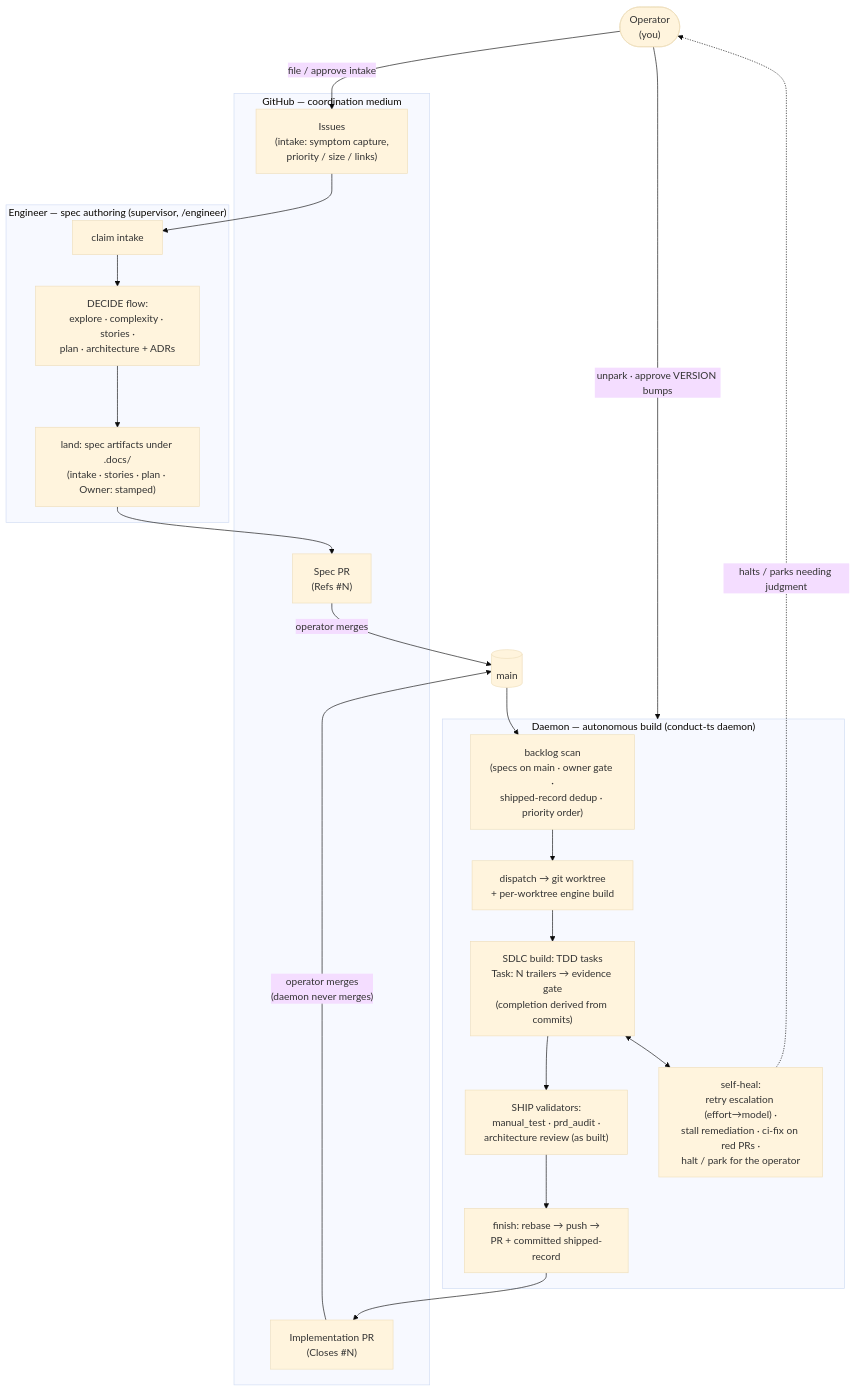
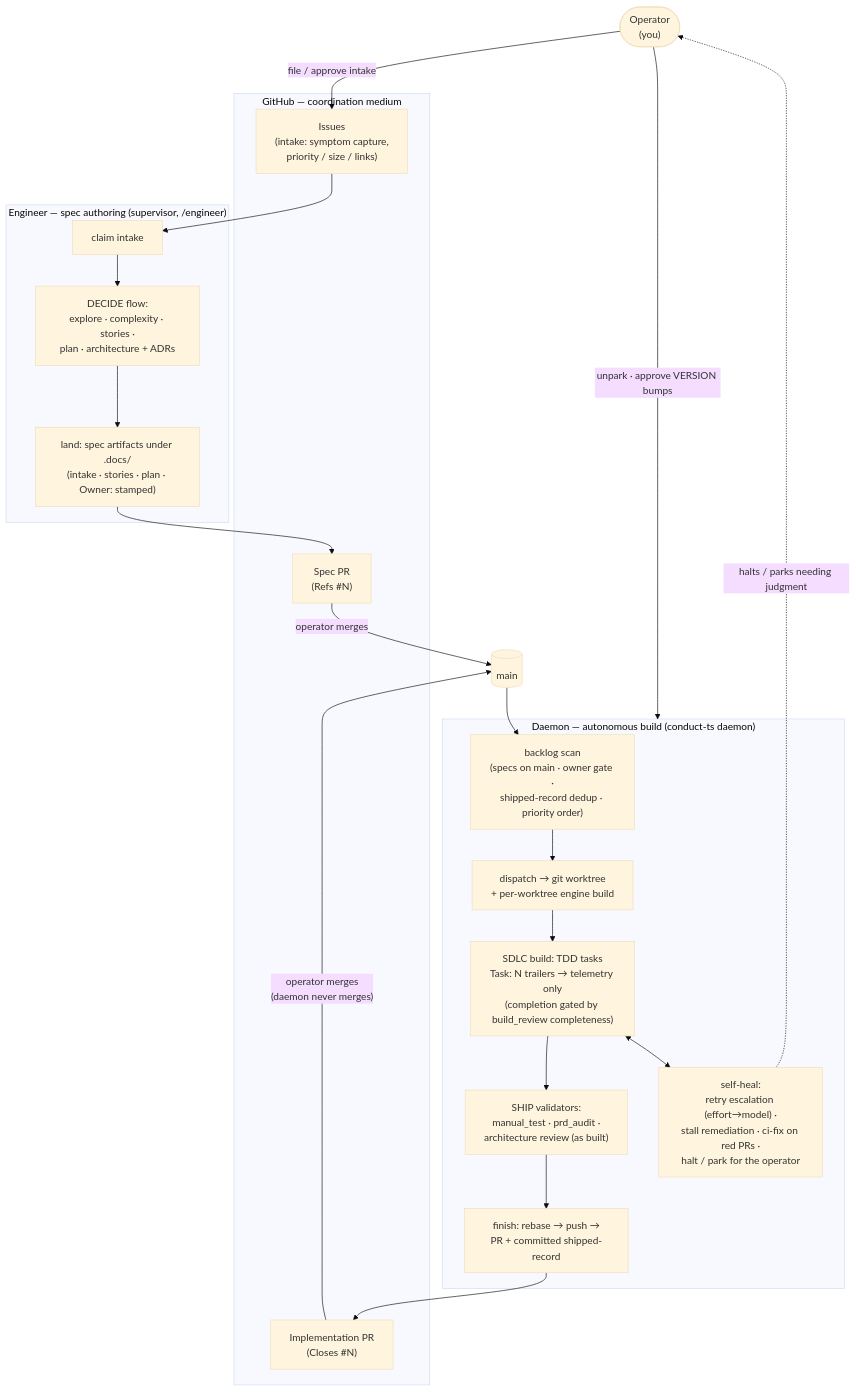
Before and after one commit to jstoup111/ai-conductor: the diagram in README.md, drawn with Mermaid (base theme). The commit also changed other lines of this file and 2 other files, not shown here.

First line of the commit message:
docs: describe build_review completeness + telemetry-only stamps (#773)

````diff
--- a/README.md
+++ b/README.md
@@ -87,36 +87,36 @@
 ```mermaid
 flowchart TB
   OP(["Operator<br/>(you)"])
 
   subgraph GH["GitHub — coordination medium"]
     ISSUES["Issues<br/>(intake: symptom capture,<br/>priority / size / links)"]
     SPECPR["Spec PR<br/>(Refs #N)"]
     BUILDPR["Implementation PR<br/>(Closes #N)"]
   end
 
   subgraph ENG["Engineer — spec authoring (supervisor, /engineer)"]
     CLAIM["claim intake"] --> DECIDE["DECIDE flow:<br/>explore · complexity · stories ·<br/>plan · architecture + ADRs"]
     DECIDE --> LAND["land: spec artifacts under .docs/<br/>(intake · stories · plan · Owner: stamped)"]
   end
 
   subgraph DAEMON["Daemon — autonomous build (conduct-ts daemon)"]
     SCAN["backlog scan<br/>(specs on main · owner gate ·<br/>shipped-record dedup · priority order)"]
     WT["dispatch → git worktree<br/>+ per-worktree engine build"]
-    BUILD["SDLC build: TDD tasks<br/>Task: N trailers → evidence gate<br/>(completion derived from commits)"]
+    BUILD["SDLC build: TDD tasks<br/>Task: N trailers → telemetry only<br/>(completion gated by build_review completeness)"]
     HEAL["self-heal:<br/>retry escalation (effort→model) ·<br/>stall remediation · ci-fix on red PRs ·<br/>halt / park for the operator"]
     VAL["SHIP validators:<br/>manual_test · prd_audit ·<br/>architecture review (as built)"]
     FIN["finish: rebase → push →<br/>PR + committed shipped-record"]
     SCAN --> WT --> BUILD --> VAL --> FIN
     BUILD <--> HEAL
   end
 
   OP -->|"file / approve intake"| ISSUES
   ISSUES --> CLAIM
   LAND --> SPECPR
   SPECPR -->|"operator merges"| MAIN[("main")]
   MAIN --> SCAN
   FIN --> BUILDPR
   BUILDPR -->|"operator merges<br/>(daemon never merges)"| MAIN
   HEAL -.->|"halts / parks needing judgment"| OP
   OP -->|"unpark · approve VERSION bumps"| DAEMON
 ```
````
